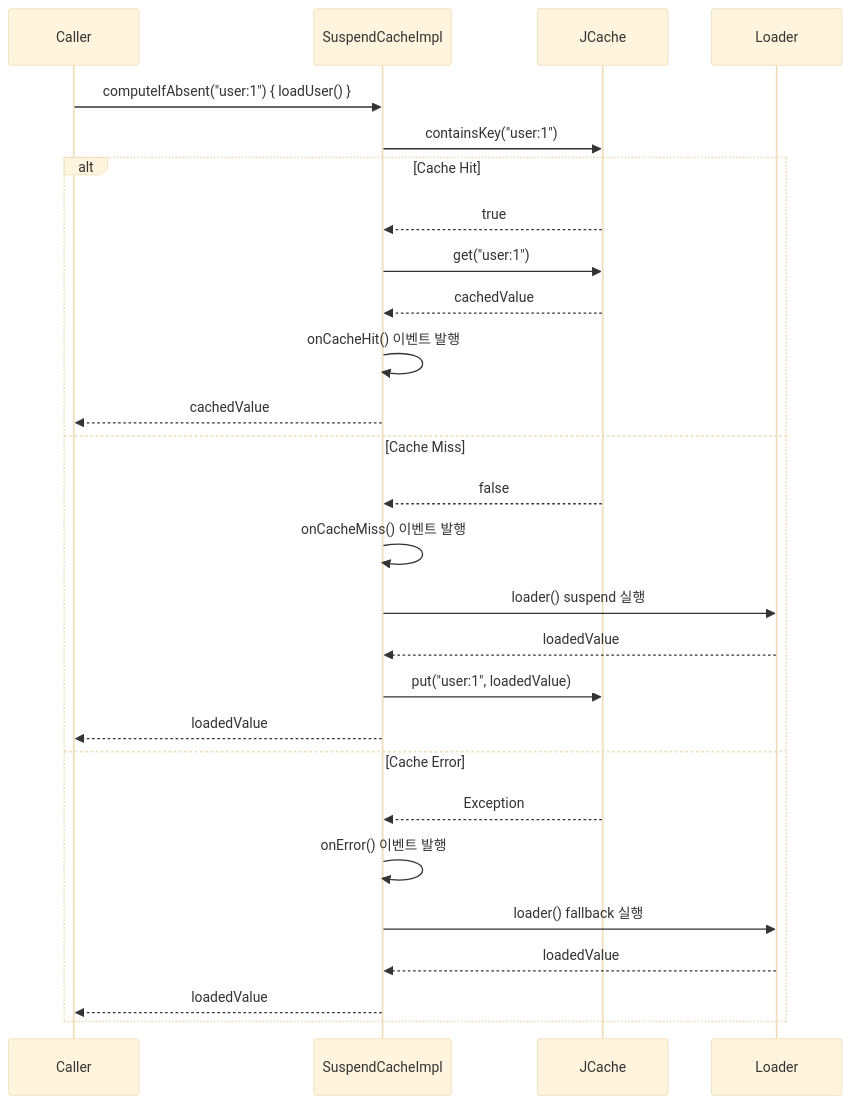
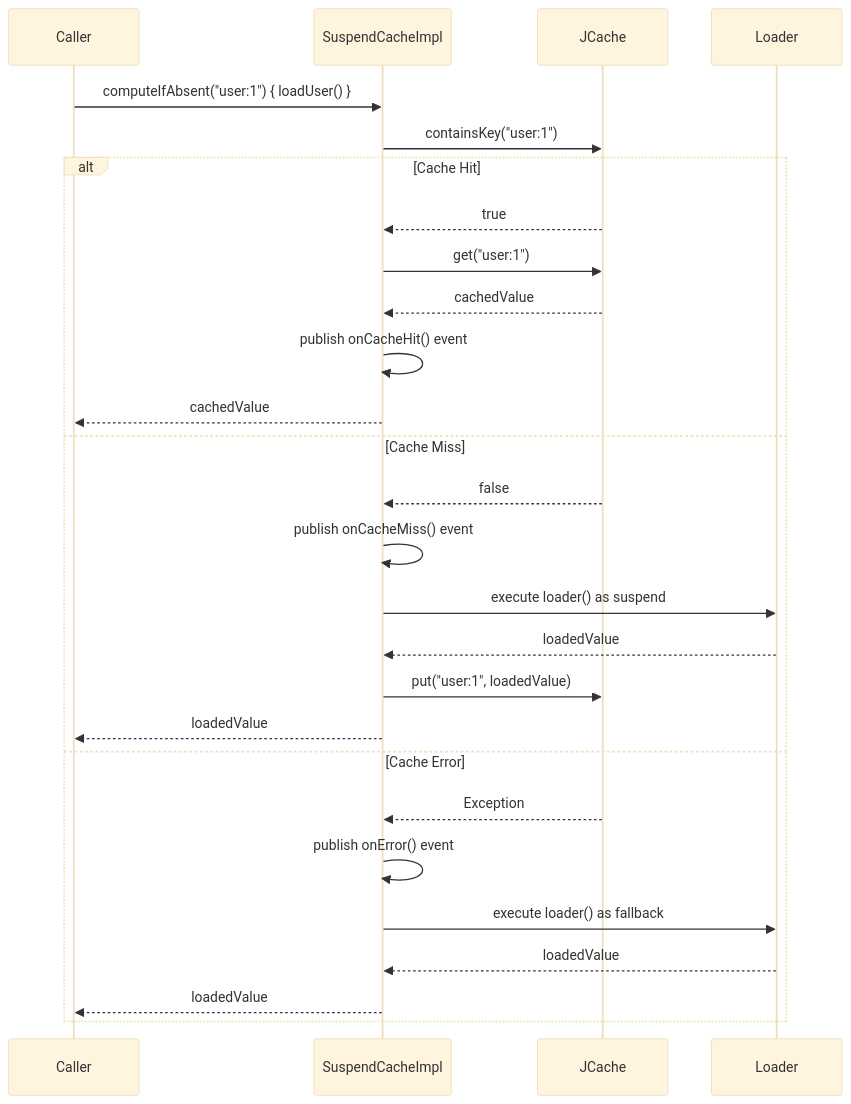
One commit to bluetape4k/bluetape4k-projects changed the third of 3 diagrams in infra/resilience4j/README.md. Above: the diagram before and after it, drawn with Mermaid (base theme). The commit also changed other lines of this file and 265 other files, not shown here.

````diff
--- a/infra/resilience4j/README.md
+++ b/infra/resilience4j/README.md
@@ -133,30 +135,30 @@
 ```mermaid
 sequenceDiagram
     participant Caller
     participant SuspendCacheImpl
     participant JCache
     participant Loader
     Caller ->> SuspendCacheImpl: computeIfAbsent("user:1") { loadUser() }
     SuspendCacheImpl ->> JCache: containsKey("user:1")
 
     alt Cache Hit
         JCache -->> SuspendCacheImpl: true
         SuspendCacheImpl ->> JCache: get("user:1")
         JCache -->> SuspendCacheImpl: cachedValue
-        SuspendCacheImpl ->> SuspendCacheImpl: onCacheHit() 이벤트 발행
+        SuspendCacheImpl ->> SuspendCacheImpl: publish onCacheHit() event
         SuspendCacheImpl -->> Caller: cachedValue
     else Cache Miss
         JCache -->> SuspendCacheImpl: false
-        SuspendCacheImpl ->> SuspendCacheImpl: onCacheMiss() 이벤트 발행
-        SuspendCacheImpl ->> Loader: loader() suspend 실행
+        SuspendCacheImpl ->> SuspendCacheImpl: publish onCacheMiss() event
+        SuspendCacheImpl ->> Loader: execute loader() as suspend
         Loader -->> SuspendCacheImpl: loadedValue
         SuspendCacheImpl ->> JCache: put("user:1", loadedValue)
         SuspendCacheImpl -->> Caller: loadedValue
     else Cache Error
         JCache -->> SuspendCacheImpl: Exception
-        SuspendCacheImpl ->> SuspendCacheImpl: onError() 이벤트 발행
-        SuspendCacheImpl ->> Loader: loader() fallback 실행
+        SuspendCacheImpl ->> SuspendCacheImpl: publish onError() event
+        SuspendCacheImpl ->> Loader: execute loader() as fallback
         Loader -->> SuspendCacheImpl: loadedValue
         SuspendCacheImpl -->> Caller: loadedValue
     end
 ```
````
